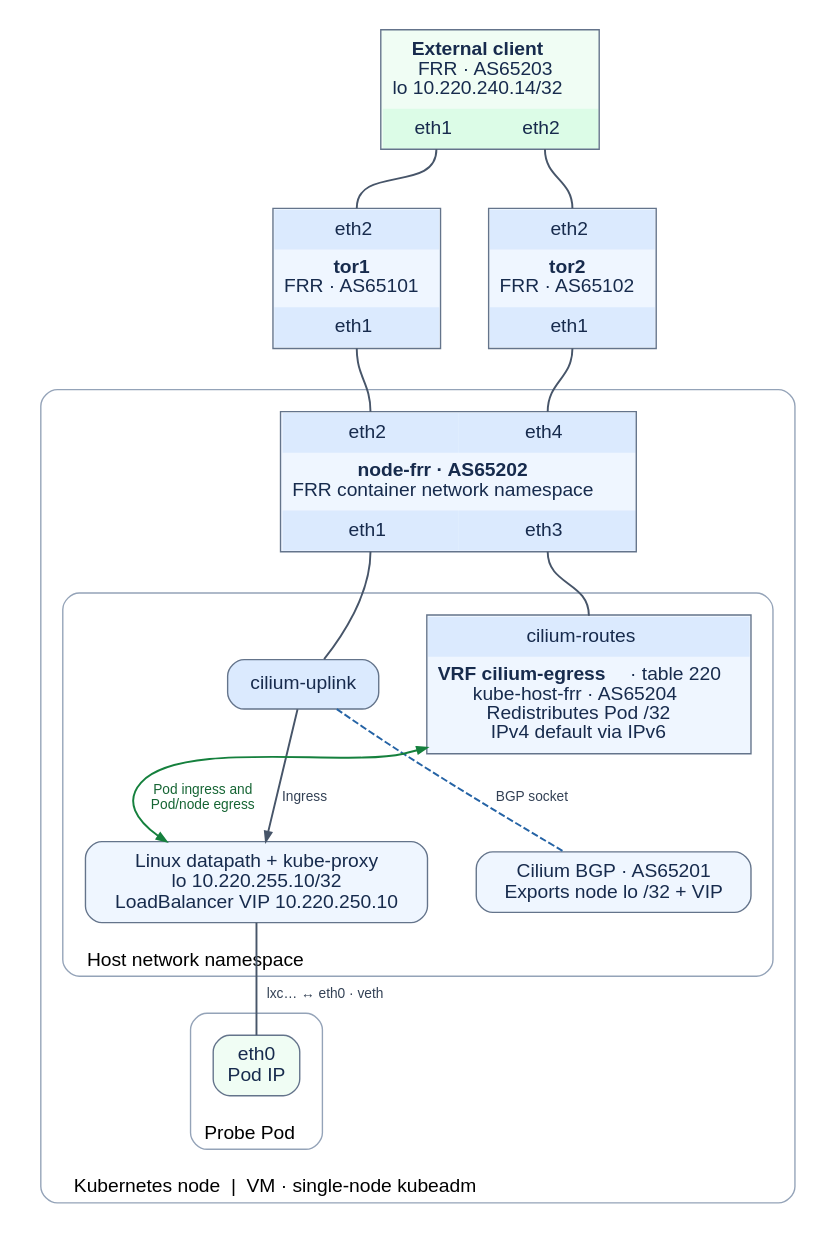
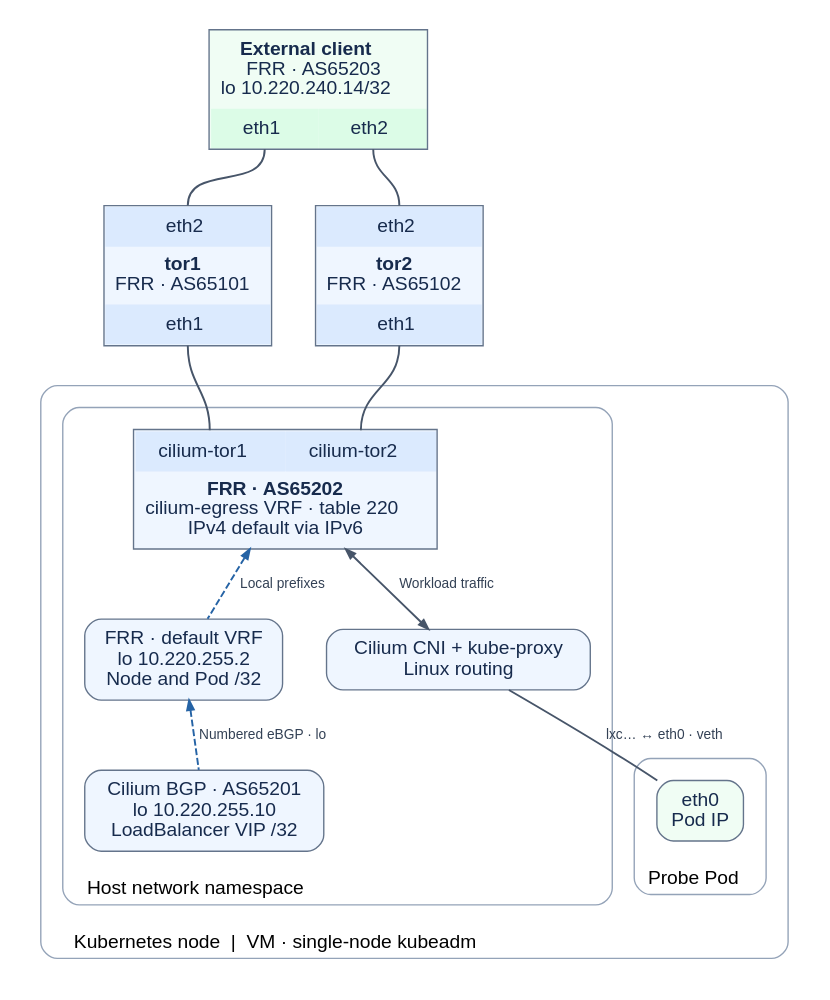
One commit to sugaf1204/infra-lab changed the diagram in k8s-cilium-full-l3-bgp-on-the-host/network.dot. Above: the diagram before and after it, drawn with Graphviz. The commit also changed 13 other files, not shown here.

Commit message:
Peer with Cilium over loopback and use a tenant-owned flat network

```diff
--- a/k8s-cilium-full-l3-bgp-on-the-host/network.dot
+++ b/k8s-cilium-full-l3-bgp-on-the-host/network.dot
@@ -1,67 +1,56 @@
 digraph cilium {
-  graph [rankdir=TB, bgcolor="#ffffff", pad=0.2, nodesep=0.48, ranksep=0.58,
+  graph [rankdir=TB, bgcolor="#ffffff", pad=0.2, nodesep=0.45, ranksep=0.55,
          fontname="Helvetica", newrank=true];
   node [shape=box, style="rounded,filled", fillcolor="#eff6ff", color="#64748b",
         fontname="Helvetica", fontcolor="#172b4d", margin="0.14,0.1"];
-  edge [color="#475569", penwidth=1.4, fontname="Helvetica",
-        fontcolor="#334155", fontsize=10, arrowsize=0.7];
+  edge [color="#475569", penwidth=1.4, fontname="Helvetica", fontcolor="#334155",
+        fontsize=10, arrowsize=0.7];
 
   client [shape=plain, label=<
     <TABLE BORDER="1" CELLBORDER="0" CELLSPACING="0" CELLPADDING="7" COLOR="#64748b" BGCOLOR="#f0fdf4">
       <TR><TD COLSPAN="2"><B>External client</B><BR/>FRR · AS65203<BR/>lo 10.220.240.14/32</TD></TR>
       <TR><TD PORT="eth1" BGCOLOR="#dcfce7">eth1</TD><TD PORT="eth2" BGCOLOR="#dcfce7">eth2</TD></TR>
     </TABLE>>];
   tor1 [shape=plain, label=<
     <TABLE BORDER="1" CELLBORDER="0" CELLSPACING="0" CELLPADDING="7" COLOR="#64748b" BGCOLOR="#eff6ff">
       <TR><TD PORT="eth2" BGCOLOR="#dbeafe">eth2</TD></TR>
       <TR><TD><B>tor1</B><BR/>FRR · AS65101</TD></TR>
       <TR><TD PORT="eth1" BGCOLOR="#dbeafe">eth1</TD></TR>
     </TABLE>>];
   tor2 [shape=plain, label=<
     <TABLE BORDER="1" CELLBORDER="0" CELLSPACING="0" CELLPADDING="7" COLOR="#64748b" BGCOLOR="#eff6ff">
       <TR><TD PORT="eth2" BGCOLOR="#dbeafe">eth2</TD></TR>
       <TR><TD><B>tor2</B><BR/>FRR · AS65102</TD></TR>
       <TR><TD PORT="eth1" BGCOLOR="#dbeafe">eth1</TD></TR>
     </TABLE>>];
   {rank=same; tor1; tor2}
 
   subgraph cluster_node {
     label="Kubernetes node  |  VM · single-node kubeadm"; labeljust=l; labelloc=b;
     style=rounded; color="#94a3b8"; margin=16;
-    router [shape=plain, label=<
-      <TABLE BORDER="1" CELLBORDER="0" CELLSPACING="0" CELLPADDING="7" COLOR="#64748b" BGCOLOR="#eff6ff">
-        <TR><TD PORT="eth2" BGCOLOR="#dbeafe">eth2</TD><TD PORT="eth4" BGCOLOR="#dbeafe">eth4</TD></TR>
-        <TR><TD COLSPAN="2"><B>node-frr · AS65202</B><BR/>FRR container network namespace</TD></TR>
-        <TR><TD PORT="eth1" BGCOLOR="#dbeafe">eth1</TD><TD PORT="eth3" BGCOLOR="#dbeafe">eth3</TD></TR>
-      </TABLE>>];
-
-    subgraph cluster_hostns {
-      label="Host network namespace"; labeljust=l; labelloc=b; style=rounded; color="#94a3b8"; margin=16;
-      uplink [label="cilium-uplink", fillcolor="#dbeafe"];
-      bgp [label="Cilium BGP · AS65201\nExports node lo /32 + VIP"];
-      datapath [label="Linux datapath + kube-proxy\nlo 10.220.255.10/32\nLoadBalancer VIP 10.220.250.10"];
-      egress [shape=plain, label=<
+    subgraph cluster_host {
+      label="Host network namespace"; labeljust=l; labelloc=b; style=rounded; color="#94a3b8";
+      edge_frr [shape=plain, label=<
         <TABLE BORDER="1" CELLBORDER="0" CELLSPACING="0" CELLPADDING="7" COLOR="#64748b" BGCOLOR="#eff6ff">
-          <TR><TD PORT="routes" BGCOLOR="#dbeafe">cilium-routes</TD></TR>
-          <TR><TD><B>VRF cilium-egress</B> · table 220<BR/>kube-host-frr · AS65204<BR/>Redistributes Pod /32<BR/>IPv4 default via IPv6</TD></TR>
+          <TR><TD PORT="up1" BGCOLOR="#dbeafe">cilium-tor1</TD><TD PORT="up2" BGCOLOR="#dbeafe">cilium-tor2</TD></TR>
+          <TR><TD COLSPAN="2"><B>FRR · AS65202</B><BR/>cilium-egress VRF · table 220<BR/>IPv4 default via IPv6</TD></TR>
         </TABLE>>];
-
-      uplink -> bgp [dir=none, color="#2563a5", style=dashed, label="BGP socket"];
-      uplink -> datapath [label="Ingress"];
-      datapath -> egress [dir=both, color="#15803d", fontcolor="#166534", label="  Pod ingress and\n  Pod/node egress", constraint=false];
-      {rank=same; uplink; egress}
-      {rank=same; bgp; datapath}
+      local_frr [label="FRR · default VRF\nlo 10.220.255.2\nNode and Pod /32"];
+      cilium [label="Cilium BGP · AS65201\nlo 10.220.255.10\nLoadBalancer VIP /32"];
+      datapath [label="Cilium CNI + kube-proxy\nLinux routing"];
+      {rank=same; datapath; local_frr}
+      edge_frr -> datapath [dir=both, label="  Workload traffic"];
+      edge_frr -> local_frr [dir=back, style=dashed, color="#2563a5", label="  Local prefixes"];
+      local_frr -> cilium [dir=back, style=dashed, color="#2563a5", label="Numbered eBGP · lo"];
     }
     subgraph cluster_pod {
       label="Probe Pod"; labelloc=b; style=rounded; color="#94a3b8";
       pod [label="eth0\nPod IP", fillcolor="#f0fdf4"];
     }
-    router:eth1:s -> uplink [dir=none, color="#475569"];
-    router:eth3:s -> egress:routes:n [dir=none, color="#475569"];
     datapath -> pod [dir=none, label="  lxc… ↔ eth0 · veth"];
   }
   client:eth1:s -> tor1:eth2:n [dir=none];
   client:eth2:s -> tor2:eth2:n [dir=none];
-  tor1:eth1:s -> router:eth2:n [dir=none];
-  tor2:eth1:s -> router:eth4:n [dir=none];
+  tor1:eth1:s -> edge_frr:up1:n [dir=none];
+  tor2:eth1:s -> edge_frr:up2:n [dir=none];
 }
```
